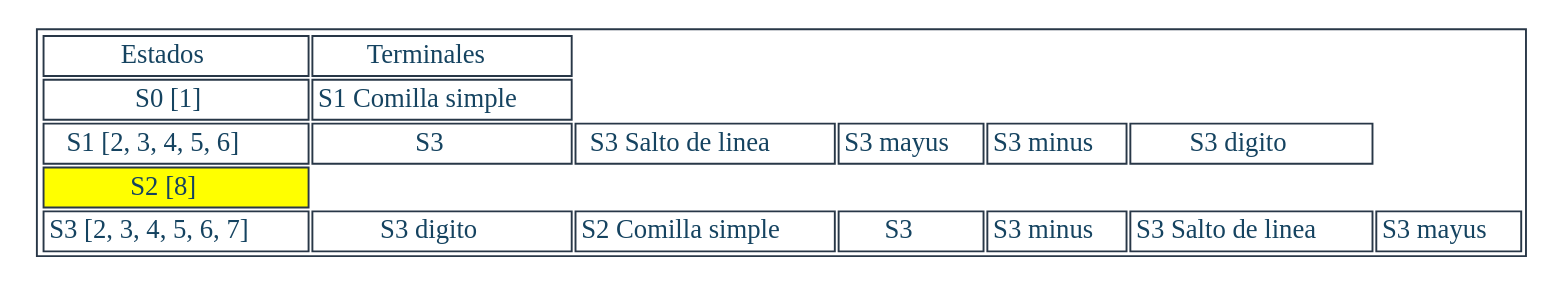
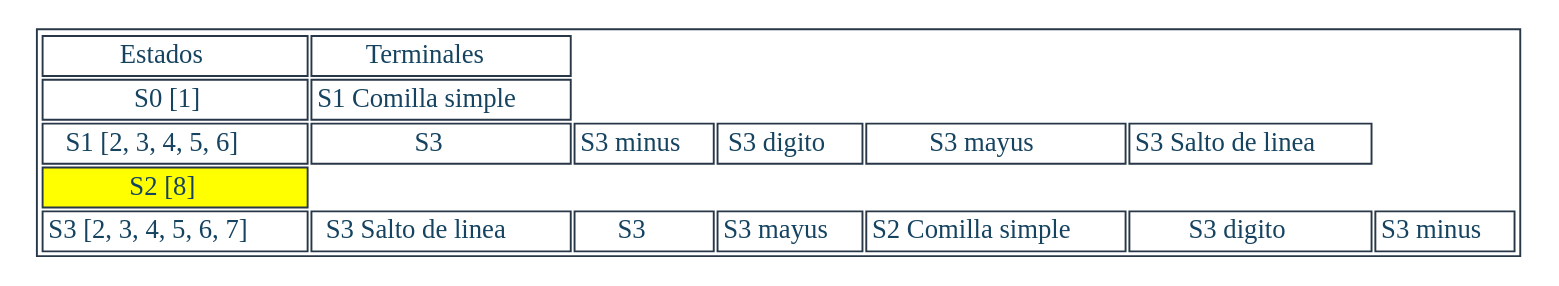
Before and after one commit to JeffMendez/OCL_Proyecto1_201901557: the diagram in Regexive/archivos/TRANSICIONES_201901557/EXP5.dot, drawn with Graphviz. The commit also changed 36 other files, not shown here.

```diff
--- a/Regexive/archivos/TRANSICIONES_201901557/EXP5.dot
+++ b/Regexive/archivos/TRANSICIONES_201901557/EXP5.dot
@@ -1,14 +1,14 @@
 digraph T {
 aHtmlTable [
    shape=plaintext
    color="#283747" fontcolor="#154360" label=<
 
    <table border='1' cellborder='1'>
    <tr>
       <td>Estados</td>
       <td>Terminales</td>
-   </tr><tr><td>S0 [1]</td><td>S1 Comilla simple</td></tr><tr><td>S1 [2, 3, 4, 5, 6]</td><td>S3  </td><td>S3 Salto de linea</td><td>S3 mayus</td><td>S3 minus</td><td>S3 digito</td></tr><tr><td bgcolor="yellow"> S2 [8]</td></tr><tr><td>S3 [2, 3, 4, 5, 6, 7]</td><td>S3 digito</td><td>S2 Comilla simple</td><td>S3  </td><td>S3 minus</td><td>S3 Salto de linea</td><td>S3 mayus</td></tr></table>
+   </tr><tr><td>S0 [1]</td><td>S1 Comilla simple</td></tr><tr><td>S1 [2, 3, 4, 5, 6]</td><td>S3  </td><td>S3 minus</td><td>S3 digito</td><td>S3 mayus</td><td>S3 Salto de linea</td></tr><tr><td bgcolor="yellow"> S2 [8]</td></tr><tr><td>S3 [2, 3, 4, 5, 6, 7]</td><td>S3 Salto de linea</td><td>S3  </td><td>S3 mayus</td><td>S2 Comilla simple</td><td>S3 digito</td><td>S3 minus</td></tr></table>
 
    >]; 
 
 }
```
